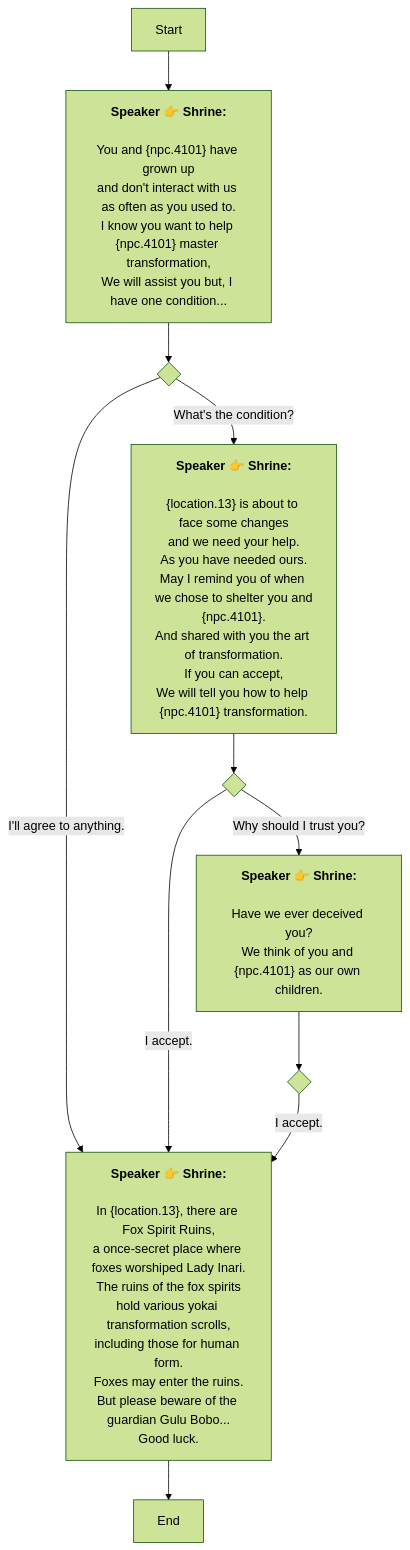
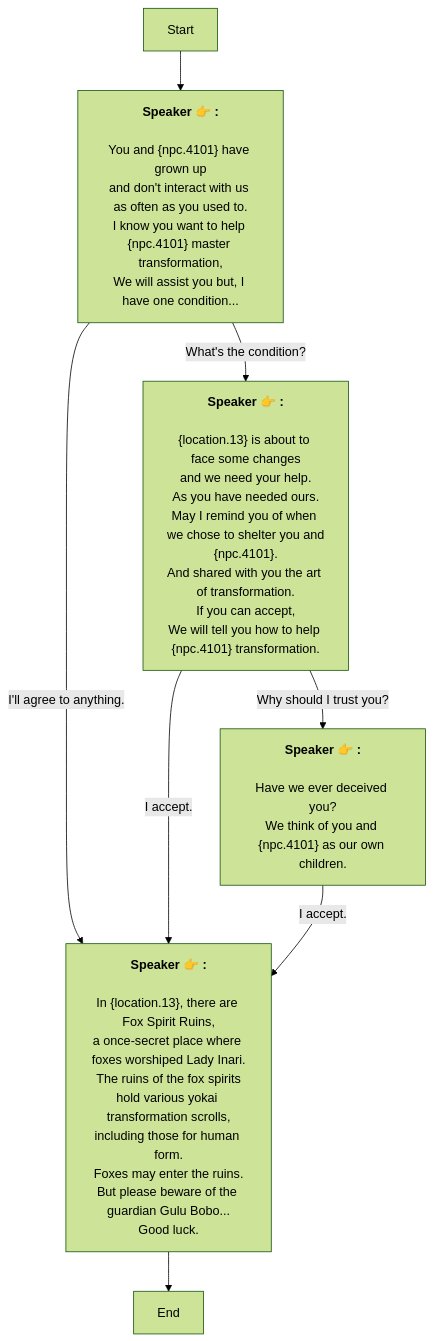
The diagram in En/QuestTalkObjectiveNode_1738550119098627.md (SoftHu/tos_avg), drawn with Mermaid (forest theme) before and after one commit. The commit also changed 737 other files, not shown here.

````diff
--- a/En/QuestTalkObjectiveNode_1738550119098627.md
+++ b/En/QuestTalkObjectiveNode_1738550119098627.md
@@ -1,58 +1,37 @@
 ```mermaid
 graph
-Start -->1738550145333510[<b>Speaker 👉 Shrine:</b>
-
-You and &lbrace;npc.4101&rbrace; have grown up
-and don't interact with us as often as you used to.
-I know you want to help &lbrace;npc.4101&rbrace; master transformation,
+Start -->1738550145333510[<b>Speaker 👉 :</b>
+\nYou and &lbrace;npc.4101&rbrace; have grown up
+and don't interact with us as often as you used to.\nI know you want to help &lbrace;npc.4101&rbrace; master transformation,
 We will assist you but, I have one condition...]
-1738550145333510 -->1738550565798151{ }
-1738550565798151 -->|What's the condition?|1738550618203404[<b>Speaker 👉 Shrine:</b>
-
-&lbrace;location.13&rbrace; is about to face some changes
+1738550145333510 -->|What's the condition?|1738550618203404[<b>Speaker 👉 :</b>
+\n&lbrace;location.13&rbrace; is about to face some changes
 and we need your help.
-As you have needed ours.
-May I remind you of when we chose to shelter you and
+As you have needed ours.\nMay I remind you of when we chose to shelter you and
 &lbrace;npc.4101&rbrace;.
-And shared with you the art of transformation.
-If you can accept,
+And shared with you the art of transformation.\nIf you can accept,
 We will tell you how to help &lbrace;npc.4101&rbrace; transformation.]
-1738550565798151 -->|I'll agree to anything.|1738550822708499[<b>Speaker 👉 Shrine:</b>
-
-In &lbrace;location.13&rbrace;, there are Fox Spirit Ruins,
-a once-secret place where foxes worshiped Lady Inari.
-The ruins of the fox spirits
+1738550145333510 -->|I'll agree to anything.|1738550822708499[<b>Speaker 👉 :</b>
+\nIn &lbrace;location.13&rbrace;, there are Fox Spirit Ruins,
+a once-secret place where foxes worshiped Lady Inari.\nThe ruins of the fox spirits
 hold various yokai transformation scrolls,
-including those for human form.
-Foxes may enter the ruins.
-But please beware of the guardian Gulu Bobo...
-Good luck.]
-1738550618203404 -->1738550730254605{ }
-1738550730254605 -->|Why should I trust you?|1738550764796178[<b>Speaker 👉 Shrine:</b>
-
-Have we ever deceived you?
+including those for human form.\nFoxes may enter the ruins.
+But please beware of the guardian Gulu Bobo...\nGood luck.]
+1738550618203404 -->|Why should I trust you?|1738550764796178[<b>Speaker 👉 :</b>
+\nHave we ever deceived you?
 We think of you and &lbrace;npc.4101&rbrace; as our own children.]
-1738550730254605 -->|I accept.|1738550822708499[<b>Speaker 👉 Shrine:</b>
-
-In &lbrace;location.13&rbrace;, there are Fox Spirit Ruins,
-a once-secret place where foxes worshiped Lady Inari.
-The ruins of the fox spirits
+1738550618203404 -->|I accept.|1738550822708499[<b>Speaker 👉 :</b>
+\nIn &lbrace;location.13&rbrace;, there are Fox Spirit Ruins,
+a once-secret place where foxes worshiped Lady Inari.\nThe ruins of the fox spirits
 hold various yokai transformation scrolls,
-including those for human form.
-Foxes may enter the ruins.
-But please beware of the guardian Gulu Bobo...
-Good luck.]
-1738550764796178 -->1738550844145941{ }
-1738550844145941 -->|I accept.|1738550822708499[<b>Speaker 👉 Shrine:</b>
-
-In &lbrace;location.13&rbrace;, there are Fox Spirit Ruins,
-a once-secret place where foxes worshiped Lady Inari.
-The ruins of the fox spirits
+including those for human form.\nFoxes may enter the ruins.
+But please beware of the guardian Gulu Bobo...\nGood luck.]
+1738550764796178 -->|I accept.|1738550822708499[<b>Speaker 👉 :</b>
+\nIn &lbrace;location.13&rbrace;, there are Fox Spirit Ruins,
+a once-secret place where foxes worshiped Lady Inari.\nThe ruins of the fox spirits
 hold various yokai transformation scrolls,
-including those for human form.
-Foxes may enter the ruins.
-But please beware of the guardian Gulu Bobo...
-Good luck.]
+including those for human form.\nFoxes may enter the ruins.
+But please beware of the guardian Gulu Bobo...\nGood luck.]
 1738550822708499 -->1738550989306136[End]
 
- ```
+```
````
